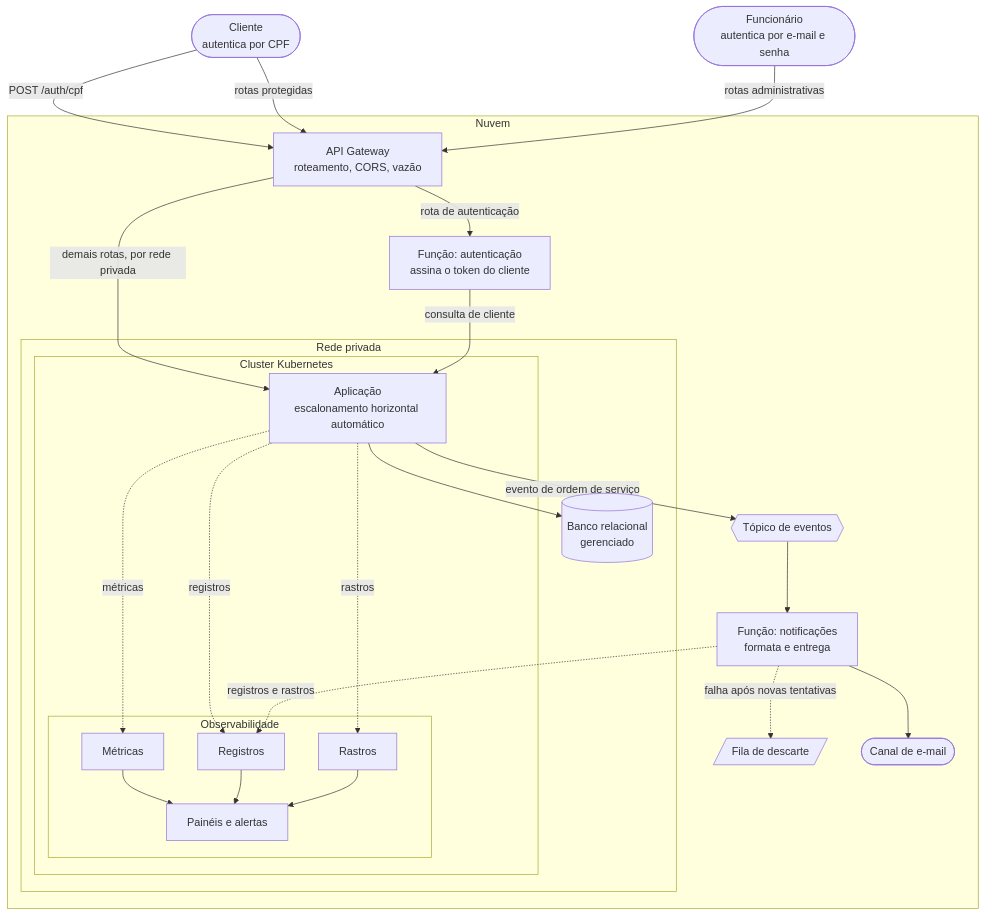
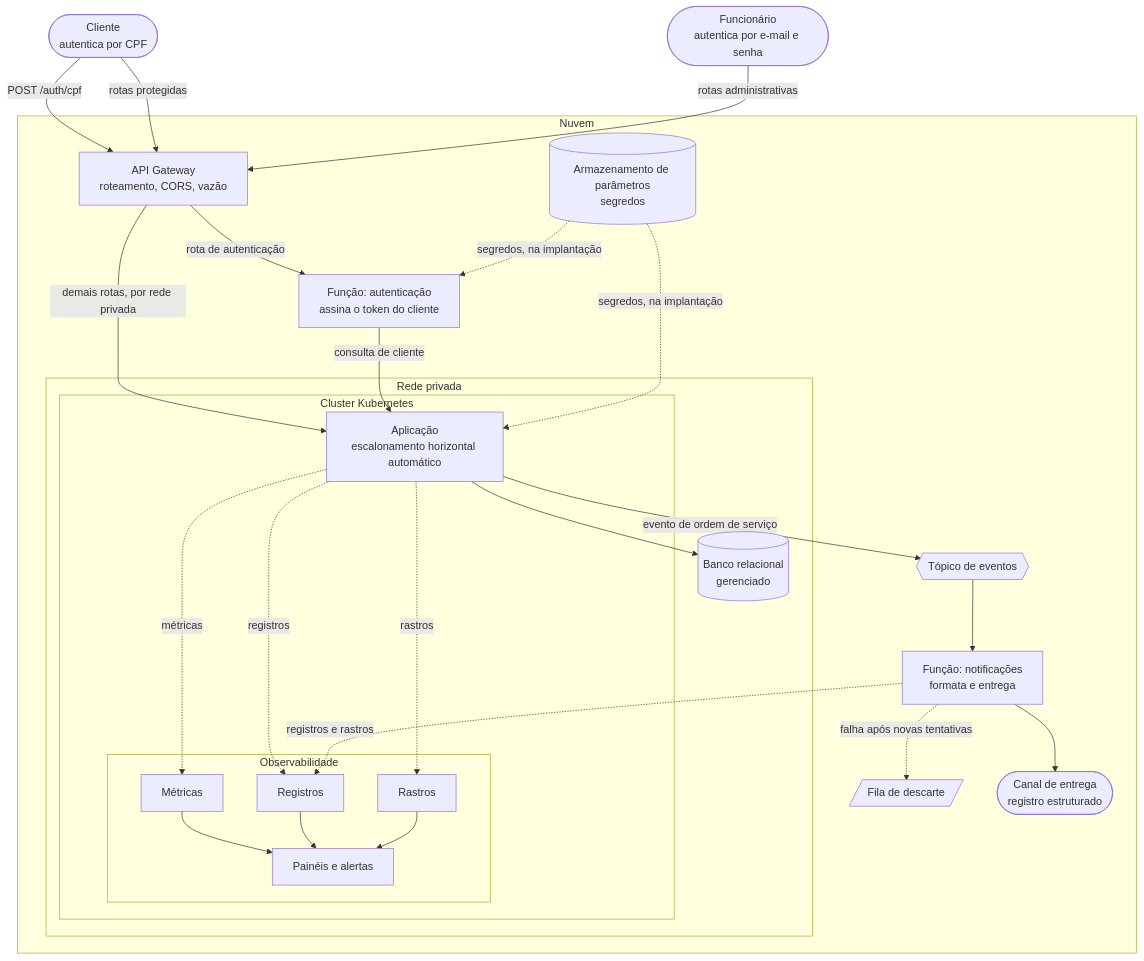
One commit to diandria/fiap-tech-challenge changed the diagram in docs/architecture/components.md. Above: the diagram before and after it, drawn with Mermaid. The commit also changed other lines of this file and 3 other files, not shown here.

Commit message:
docs: reconcile architecture docs with implementation

````diff
--- a/docs/architecture/components.md
+++ b/docs/architecture/components.md
@@ -7,53 +7,56 @@
 ```mermaid
 flowchart TB
     Cliente(["Cliente<br/>autentica por CPF"])
     Staff(["Funcionário<br/>autentica por e-mail e senha"])
 
     subgraph Nuvem["Nuvem"]
         GW["API Gateway<br/>roteamento, CORS, vazão"]
         LAUTH["Função: autenticação<br/>assina o token do cliente"]
         LNOTIF["Função: notificações<br/>formata e entrega"]
         TOPICO{{"Tópico de eventos"}}
         DLQ[/"Fila de descarte"/]
-        EMAIL(["Canal de e-mail"])
+        PARAM[("Armazenamento de parâmetros<br/>segredos")]
+        EMAIL(["Canal de entrega<br/>registro estruturado"])
 
         subgraph VPC["Rede privada"]
             subgraph Cluster["Cluster Kubernetes"]
                 APP["Aplicação<br/>escalonamento horizontal automático"]
 
                 subgraph OBS["Observabilidade"]
                     METRICAS["Métricas"]
                     REGISTROS["Registros"]
                     RASTROS["Rastros"]
                     PAINEIS["Painéis e alertas"]
                 end
             end
 
             RDS[("Banco relacional<br/>gerenciado")]
         end
     end
 
     Cliente -->|"POST /auth/cpf"| GW
     Cliente -->|"rotas protegidas"| GW
     Staff -->|"rotas administrativas"| GW
 
     GW -->|"rota de autenticação"| LAUTH
     GW -->|"demais rotas, por rede privada"| APP
 
     LAUTH -->|"consulta de cliente"| APP
     APP --> RDS
+    PARAM -.->|"segredos, na implantação"| APP
+    PARAM -.->|"segredos, na implantação"| LAUTH
 
     APP -->|"evento de ordem de serviço"| TOPICO
     TOPICO --> LNOTIF
     LNOTIF --> EMAIL
     LNOTIF -.->|"falha após novas tentativas"| DLQ
 
     APP -.->|"métricas"| METRICAS
     APP -.->|"registros"| REGISTROS
     APP -.->|"rastros"| RASTROS
     LNOTIF -.->|"registros e rastros"| REGISTROS
 
     METRICAS --> PAINEIS
     REGISTROS --> PAINEIS
     RASTROS --> PAINEIS
 ```
````
